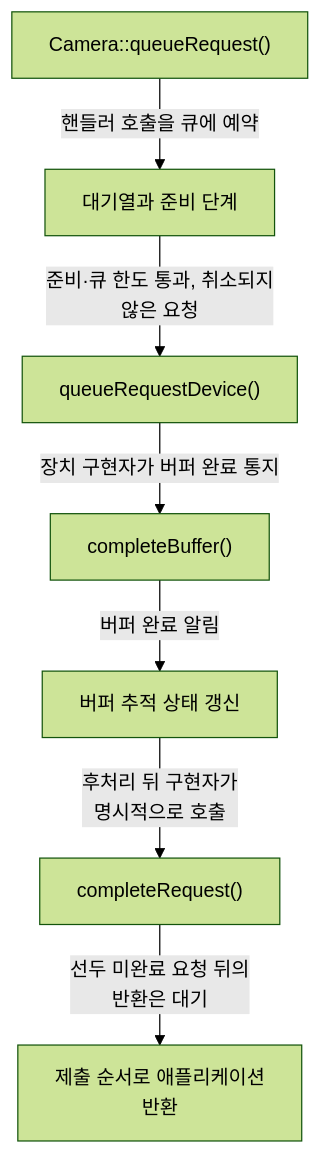
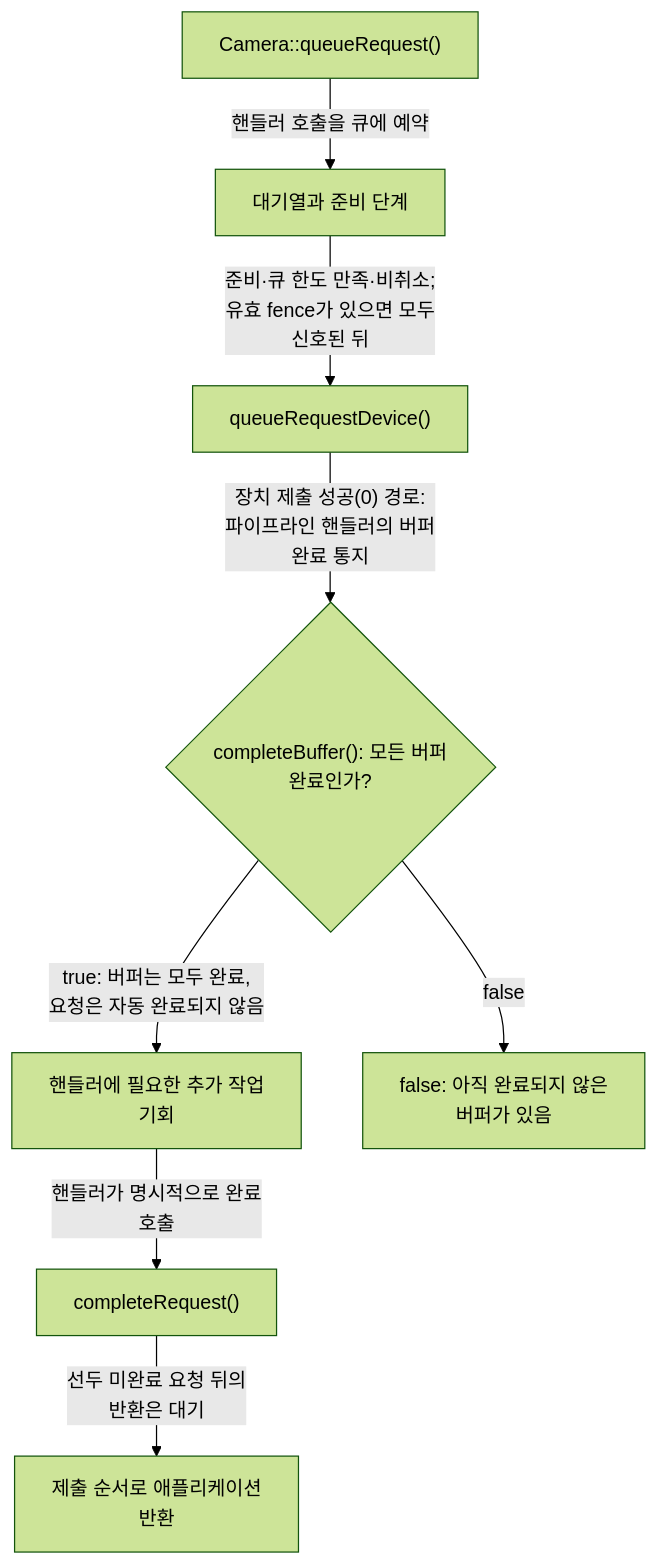
Before and after one commit to TTolsun/libcamera-sdd: the first of 16 diagrams in docs/request-lifecycle.md, drawn with Mermaid (forest theme). The commit also changed other lines of this file and 352 other files, not shown here.

````diff
--- a/docs/request-lifecycle.md
+++ b/docs/request-lifecycle.md
@@ -36,17 +34,19 @@
 ```mermaid
 flowchart TB
-%% sdd:translations {"Camera::queueRequest()": "Camera::queueRequest()", "completeBuffer()": "completeBuffer()", "completeRequest()": "completeRequest()", "queueRequestDevice()": "queueRequestDevice()", "대기열과 준비 단계": "Waiting queue and <br/>preparation", "버퍼 완료 알림": "Notify buffer completion", "버퍼 추적 상태 갱신": "Update buffer completion <br/>tracking", "선두 미완료 요청 뒤의 <br/>반환은 대기": "Wait behind an incomplete <br/>head request", "장치 구현자가 버퍼 완료 통지": "Device handler signals <br/>buffer completion", "제출 순서로 애플리케이션 <br/>반환": "Return to application in <br/>submission order", "준비·큐 한도 통과, 취소되지 <br/>않은 요청": "Prepared, within queue <br/>limit and not cancelled", "핸들러 호출을 큐에 예약": "Queue the handler invocation", "후처리 뒤 구현자가 <br/>명시적으로 호출": "Handler explicitly <br/>completes after remaining <br/>work"}
+%% sdd:translations {"Camera::queueRequest()": "Camera::queueRequest()", "completeBuffer(): 모든 버퍼 <br/>완료인가?": "completeBuffer(): have all <br/>buffers completed?", "completeRequest()": "completeRequest()", "false": "false", "false: 아직 완료되지 않은 <br/>버퍼가 있음": "false: buffers have not all <br/>completed", "queueRequestDevice()": "queueRequestDevice()", "true: 버퍼는 모두 완료, <br/>요청은 자동 완료되지 않음": "true: all buffers <br/>completed; request is not <br/>automatically completed", "대기열과 준비 단계": "Waiting queue and <br/>preparation", "선두 미완료 요청 뒤의 <br/>반환은 대기": "Wait behind an incomplete <br/>head request", "장치 제출 성공(0) 경로: <br/>파이프라인 핸들러의 버퍼 <br/>완료 통지": "Device submission success <br/>(0): pipeline handler <br/>signals buffer completion", "제출 순서로 애플리케이션 <br/>반환": "Return to application in <br/>submission order", "준비·큐 한도 만족·비취소; <br/>유효 fence가 있으면 모두 <br/>신호된 뒤": "Prepared, within queue <br/>limit, not cancelled; all <br/>valid fences signalled if <br/>present", "핸들러 호출을 큐에 예약": "Queue the handler invocation", "핸들러가 명시적으로 완료 <br/>호출": "Handler explicitly calls <br/>completion", "핸들러에 필요한 추가 작업 <br/>기회": "Opportunity for any <br/>additional required work"}
   v_queue["Camera::queueRequest()"]
   v_waiting["대기열과 준비 단계"]
   v_device["queueRequestDevice()"]
-  v_buffer["completeBuffer()"]
-  v_remaining["버퍼 추적 상태 갱신"]
+  v_buffer{"completeBuffer(): 모든 버퍼 <br/>완료인가?"}
+  v_remaining["핸들러에 필요한 추가 작업 <br/>기회"]
   v_request["completeRequest()"]
   v_application["제출 순서로 애플리케이션 <br/>반환"]
+  v_pending["false: 아직 완료되지 않은 <br/>버퍼가 있음"]
   v_queue -->|"핸들러 호출을 큐에 예약"| v_waiting
-  v_waiting -->|"준비·큐 한도 통과, 취소되지 <br/>않은 요청"| v_device
-  v_device -->|"장치 구현자가 버퍼 완료 통지"| v_buffer
-  v_buffer -->|"버퍼 완료 알림"| v_remaining
-  v_remaining -->|"후처리 뒤 구현자가 <br/>명시적으로 호출"| v_request
+  v_waiting -->|"준비·큐 한도 만족·비취소; <br/>유효 fence가 있으면 모두 <br/>신호된 뒤"| v_device
+  v_device -->|"장치 제출 성공(0) 경로: <br/>파이프라인 핸들러의 버퍼 <br/>완료 통지"| v_buffer
+  v_buffer -->|"true: 버퍼는 모두 완료, <br/>요청은 자동 완료되지 않음"| v_remaining
+  v_remaining -->|"핸들러가 명시적으로 완료 <br/>호출"| v_request
   v_request -->|"선두 미완료 요청 뒤의 <br/>반환은 대기"| v_application
+  v_buffer -->|"false"| v_pending
 ```
````
